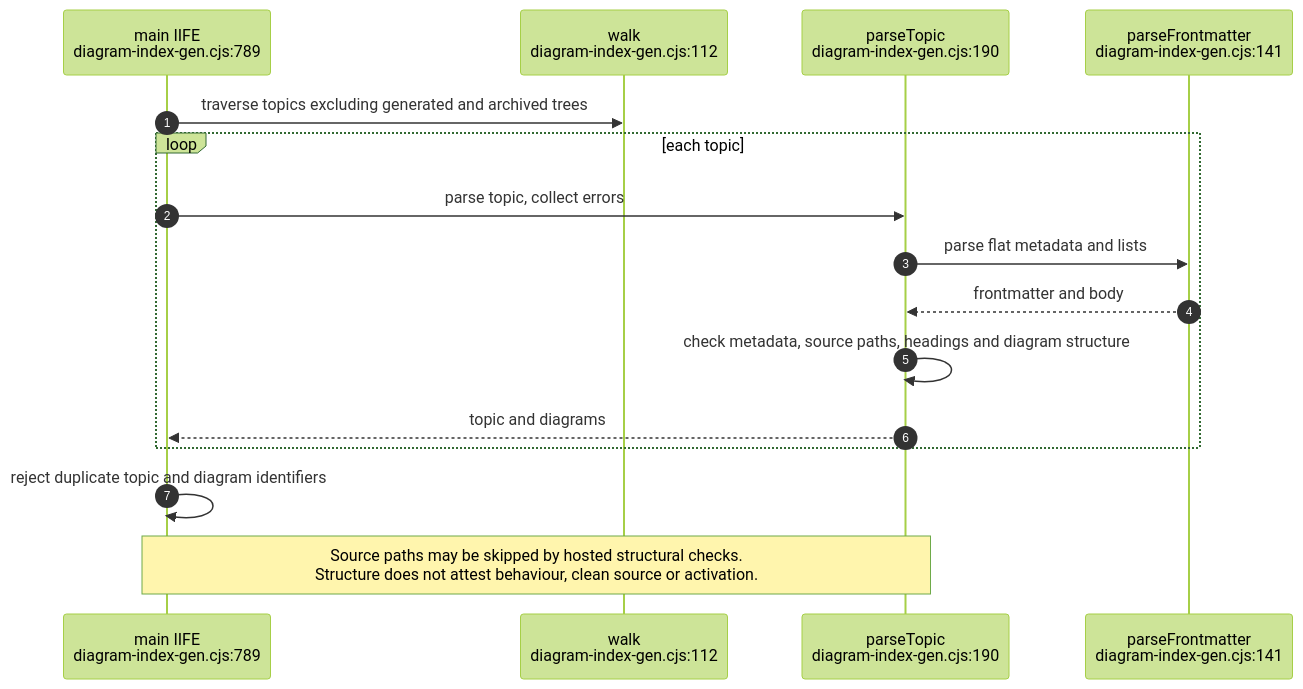
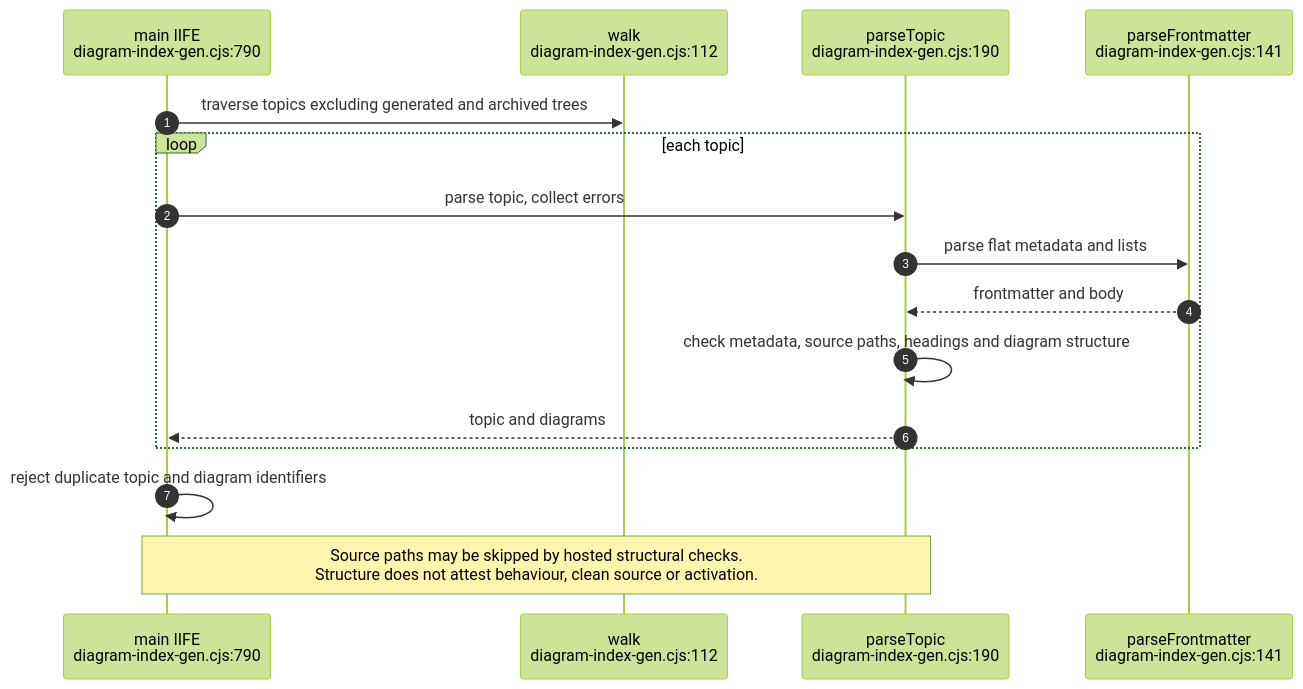
The eighth of 14 diagrams in docs/diagrams/visionflow/06-diagram-tooling.md (DreamLab-AI/VisionFlow), drawn with Mermaid (forest theme) before and after one commit. The commit also changed other lines of this file and 80 other files, not shown here.

First line of the commit message:
docs(diagrams): re-verify the agentbox, dreamlab, estate and visionflow corpus against current sources

````diff
--- a/docs/diagrams/visionflow/06-diagram-tooling.md
+++ b/docs/diagrams/visionflow/06-diagram-tooling.md
@@ -288,18 +288,18 @@
 ```mermaid
 sequenceDiagram
     autonumber
-    participant CLI as main IIFE<br/>diagram-index-gen.cjs:789
+    participant CLI as main IIFE<br/>diagram-index-gen.cjs:790
     participant W as walk<br/>diagram-index-gen.cjs:112
     participant P as parseTopic<br/>diagram-index-gen.cjs:190
     participant F as parseFrontmatter<br/>diagram-index-gen.cjs:141
     CLI->>W: traverse topics excluding generated and archived trees
     loop each topic
         CLI->>P: parse topic, collect errors
         P->>F: parse flat metadata and lists
         F-->>P: frontmatter and body
         P->>P: check metadata, source paths, headings and diagram structure
         P-->>CLI: topic and diagrams
     end
     CLI->>CLI: reject duplicate topic and diagram identifiers
     Note over CLI,P: Source paths may be skipped by hosted structural checks.<br/>Structure does not attest behaviour, clean source or activation.
 ```
````
